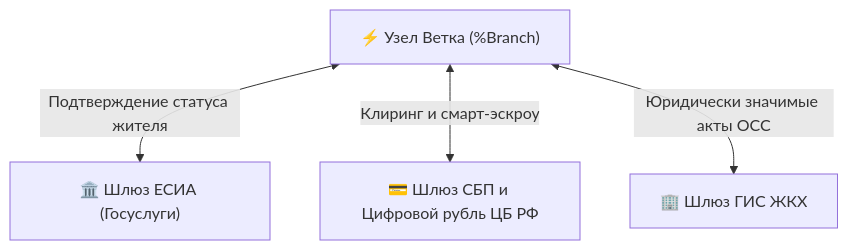
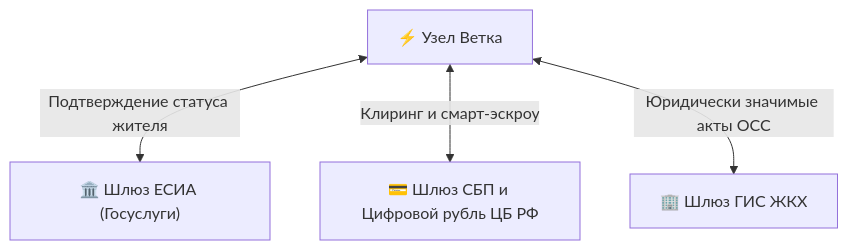
Before and after one commit to Data-Independence-Network/presentations: the second of 2 diagrams in shared_docs/whitepapers/05_sovereign_governance_whitepaper.md, drawn with Mermaid. The commit also changed other lines of this file and 6 other files, not shown here.

First line of the commit message:
docs(whitepapers): integrate smart contract FSM architecture and clean percent tags

````diff
--- a/shared_docs/whitepapers/05_sovereign_governance_whitepaper.md
+++ b/shared_docs/whitepapers/05_sovereign_governance_whitepaper.md
@@ -71,12 +71,12 @@
 ```mermaid
 graph TD
-    Branch["⚡ Узел Ветка (%Branch)"]
+    Branch["⚡ Узел Ветка"]
 
     ESIA["🏛️ Шлюз ЕСИА (Госуслуги)"]
     SBP["💳 Шлюз СБП и Цифровой рубль ЦБ РФ"]
     GIS["🏢 Шлюз ГИС ЖКХ"]
 
     Branch <-->|Подтверждение статуса жителя| ESIA
     Branch <-->|Клиринг и смарт-эскроу| SBP
     Branch <-->|Юридически значимые акты ОСС| GIS
 ```
````
